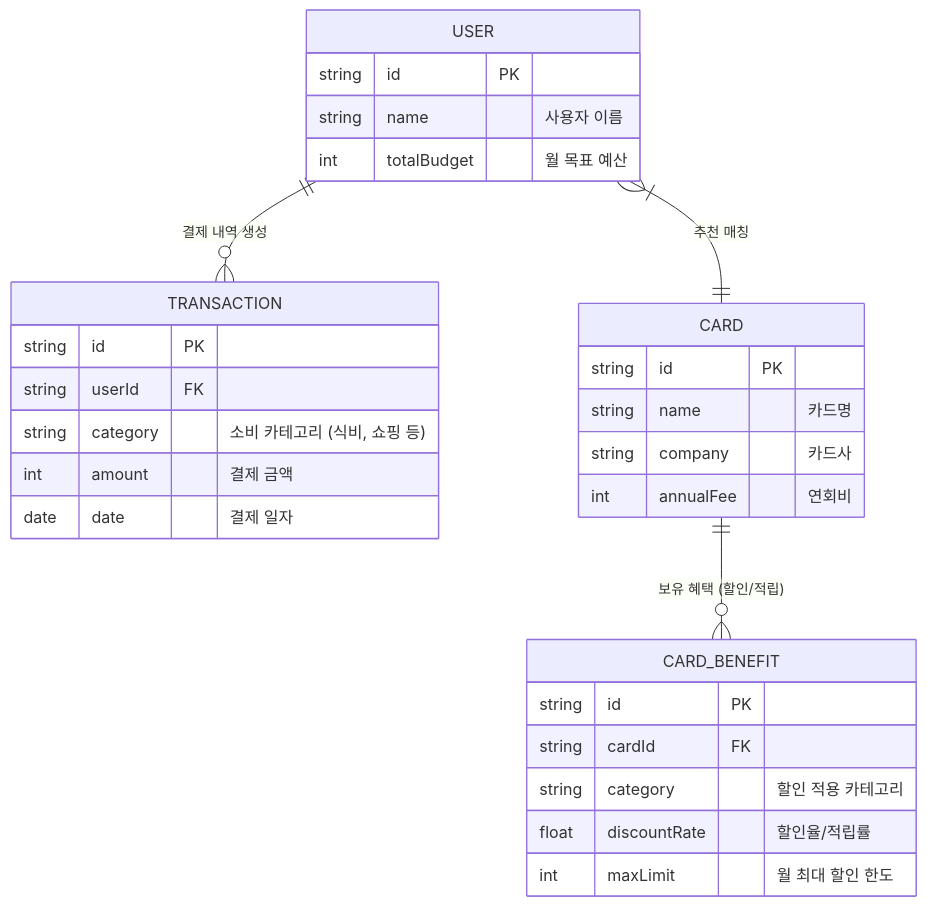
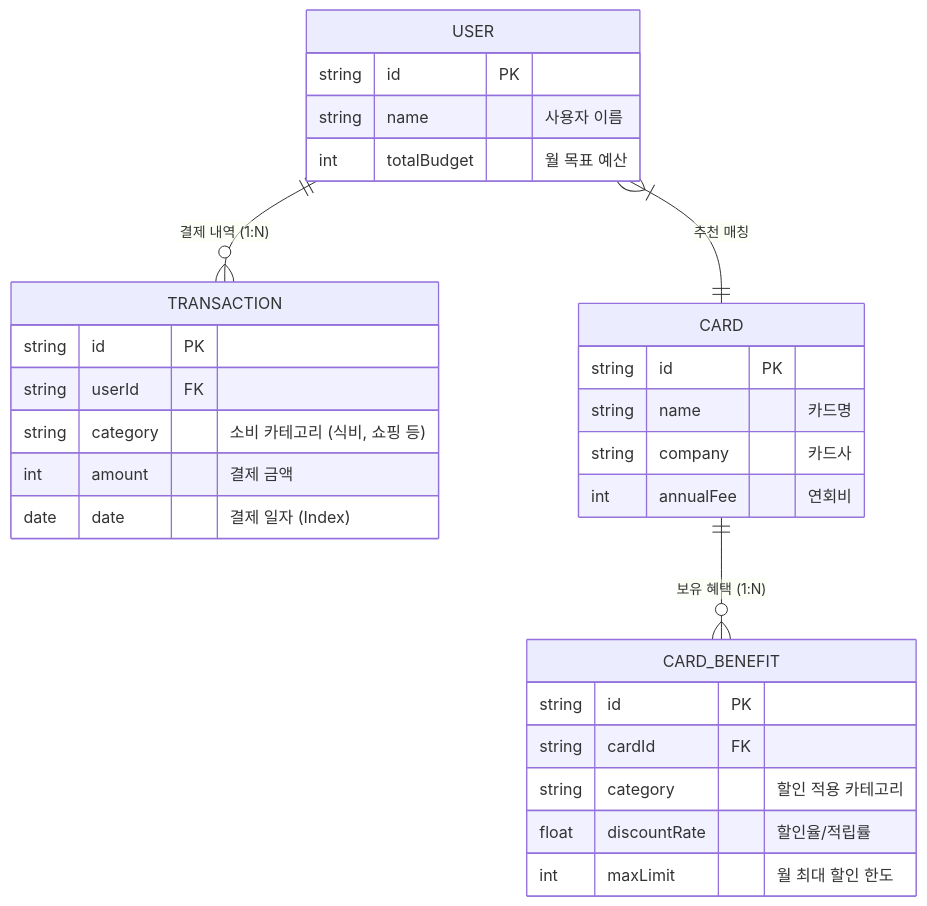
The third of 3 diagrams in Notion.md (dev-jamba05/banksalad-card-recommend-clone), drawn with Mermaid before and after one commit. The commit also changed other lines of this file and 1 other file, not shown here.

Commit message:
docs: Next.js + MySQL 백엔드 스케일업 관점의 트러블 슈팅 스토리텔링 및 아키텍처 다이어그램 추가

````diff
--- a/Notion.md
+++ b/Notion.md
@@ -119,32 +129,32 @@
 ```mermaid
 erDiagram
-    USER ||--o{ TRANSACTION : "결제 내역 생성"
-    CARD ||--o{ CARD_BENEFIT : "보유 혜택 (할인/적립)"
+    USER ||--o{ TRANSACTION : "결제 내역 (1:N)"
+    CARD ||--o{ CARD_BENEFIT : "보유 혜택 (1:N)"
     USER }|--|| CARD : "추천 매칭"
 
     USER {
         string id PK
         string name "사용자 이름"
         int totalBudget "월 목표 예산"
     }
     TRANSACTION {
         string id PK
         string userId FK
         string category "소비 카테고리 (식비, 쇼핑 등)"
         int amount "결제 금액"
-        date date "결제 일자"
+        date date "결제 일자 (Index)"
     }
     CARD {
         string id PK
         string name "카드명"
         string company "카드사"
         int annualFee "연회비"
     }
     CARD_BENEFIT {
         string id PK
         string cardId FK
         string category "할인 적용 카테고리"
         float discountRate "할인율/적립률"
         int maxLimit "월 최대 할인 한도"
     }
 ```
````
